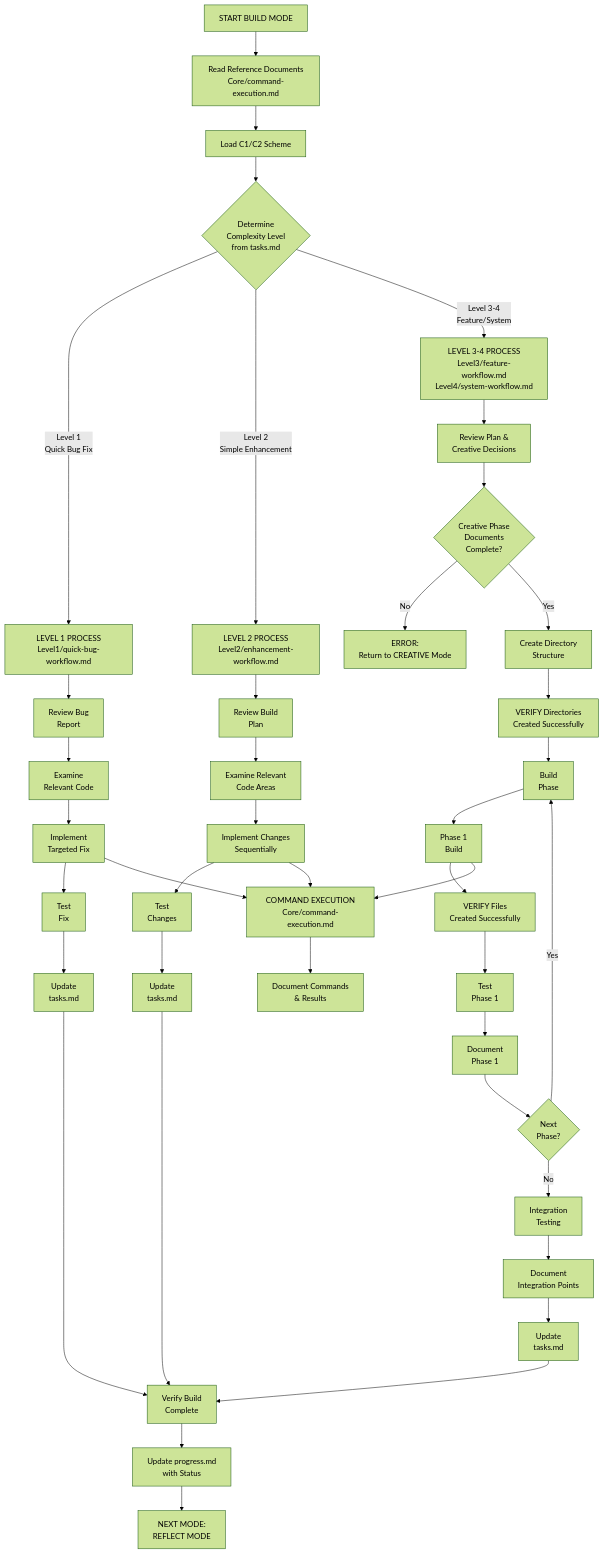
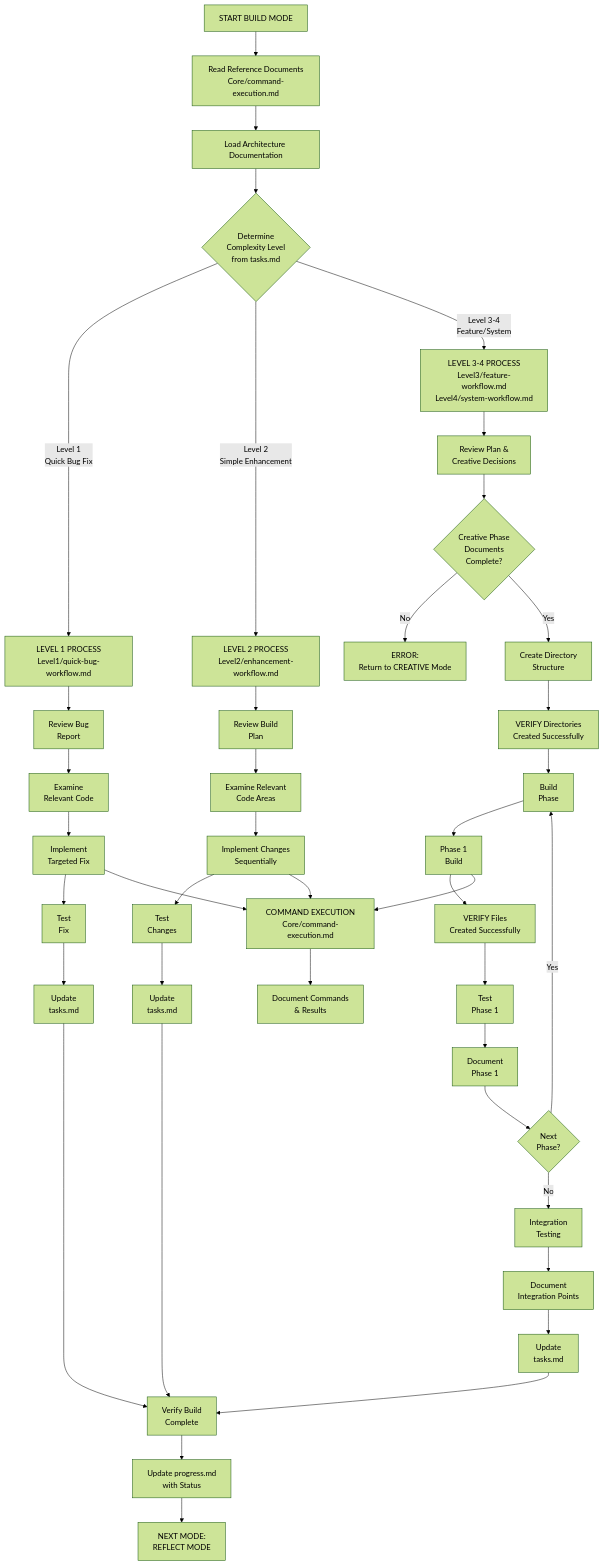
One commit to DennisGrammes/arc42-memory-bank changed the first of 5 diagrams in .github/instructions/rules/isolation_rules/visual-maps/implement-mode-map.md. Above: the diagram before and after it, drawn with Mermaid (forest theme). The commit also changed 25 other files, not shown here.

First line of the commit message:
feat: Migrate from C4 model to arc42 architecture documentation

````diff
--- a/.github/instructions/rules/isolation_rules/visual-maps/implement-mode-map.md
+++ b/.github/instructions/rules/isolation_rules/visual-maps/implement-mode-map.md
@@ -13,55 +13,55 @@
 ```mermaid
 graph TD
     Start["START BUILD MODE"] --> ReadDocs["Read Reference Documents<br>Core/command-execution.md"]
-    ReadDocs --> LoadScheme["Load C1/C2 Scheme"]
+    ReadDocs --> LoadScheme["Load Architecture Documentation"]
 
     %% Initialization
     LoadScheme --> CheckLevel{"Determine<br>Complexity Level<br>from tasks.md"}
     
     %% Level 1 Implementation
     CheckLevel -->|"Level 1<br>Quick Bug Fix"| L1Process["LEVEL 1 PROCESS<br>Level1/quick-bug-workflow.md"]
     L1Process --> L1Review["Review Bug<br>Report"]
     L1Review --> L1Examine["Examine<br>Relevant Code"]
     L1Examine --> L1Fix["Implement<br>Targeted Fix"]
     L1Fix --> L1Test["Test<br>Fix"]
     L1Test --> L1Update["Update<br>tasks.md"]
     
     %% Level 2 Implementation
     CheckLevel -->|"Level 2<br>Simple Enhancement"| L2Process["LEVEL 2 PROCESS<br>Level2/enhancement-workflow.md"]
     L2Process --> L2Review["Review Build<br>Plan"]
     L2Review --> L2Examine["Examine Relevant<br>Code Areas"]
     L2Examine --> L2Implement["Implement Changes<br>Sequentially"]
     L2Implement --> L2Test["Test<br>Changes"]
     L2Test --> L2Update["Update<br>tasks.md"]
     
     %% Level 3-4 Implementation
     CheckLevel -->|"Level 3-4<br>Feature/System"| L34Process["LEVEL 3-4 PROCESS<br>Level3/feature-workflow.md<br>Level4/system-workflow.md"]
     L34Process --> L34Review["Review Plan &<br>Creative Decisions"]
     L34Review --> L34Phase{"Creative Phase<br>Documents<br>Complete?"}
     
     L34Phase -->|"No"| L34Error["ERROR:<br>Return to CREATIVE Mode"]
     L34Phase -->|"Yes"| L34DirSetup["Create Directory<br>Structure"]
     L34DirSetup --> L34VerifyDirs["VERIFY Directories<br>Created Successfully"]
     L34VerifyDirs --> L34Implementation["Build<br>Phase"]
     
     %% Implementation Phases
     L34Implementation --> L34Phase1["Phase 1<br>Build"]
     L34Phase1 --> L34VerifyFiles["VERIFY Files<br>Created Successfully"]
     L34VerifyFiles --> L34Test1["Test<br>Phase 1"]
     L34Test1 --> L34Document1["Document<br>Phase 1"]
     L34Document1 --> L34Next1{"Next<br>Phase?"}
     L34Next1 -->|"Yes"| L34Implementation
     
     L34Next1 -->|"No"| L34Integration["Integration<br>Testing"]
     L34Integration --> L34Document["Document<br>Integration Points"]
     L34Document --> L34Update["Update<br>tasks.md"]
     
     %% Command Execution
     L1Fix & L2Implement & L34Phase1 --> CommandExec["COMMAND EXECUTION<br>Core/command-execution.md"]
     CommandExec --> DocCommands["Document Commands<br>& Results"]
     
     %% Completion & Transition
     L1Update & L2Update & L34Update --> VerifyComplete["Verify Build<br>Complete"]
     VerifyComplete --> UpdateProgress["Update progress.md<br>with Status"]
     UpdateProgress --> Transition["NEXT MODE:<br>REFLECT MODE"]
 ```
````
